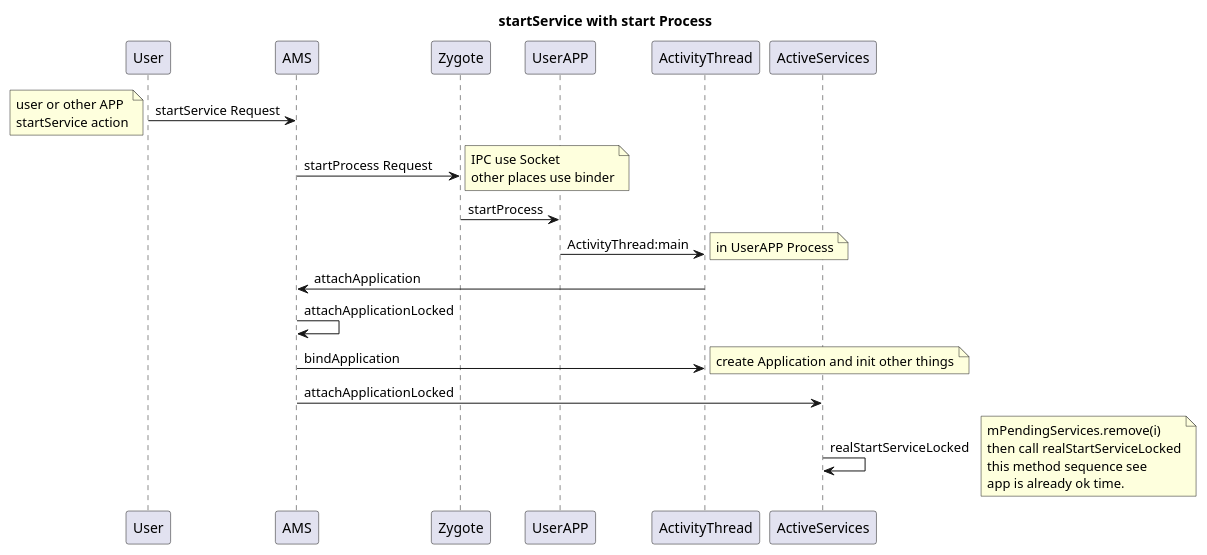
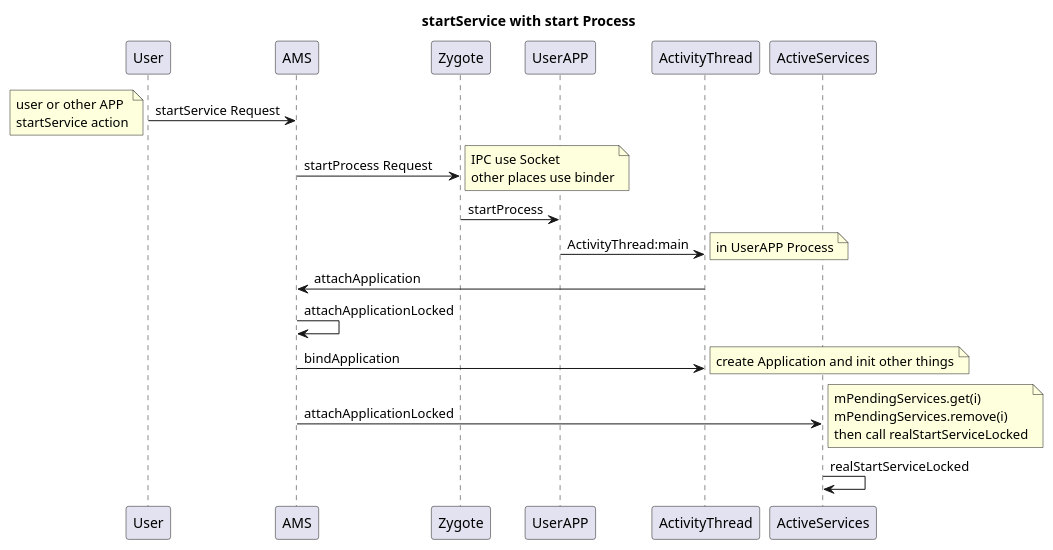
One commit to KentTJ/ImoocRxJavaStudy changed the diagram in docs/service的启动原理_应用未启_02.puml. Above: the diagram before and after it, drawn with PlantUML.

Commit message:
Service的启动流程流程图。

```diff
--- a/docs/service的启动原理_应用未启_02.puml
+++ b/docs/service的启动原理_应用未启_02.puml
@@ -1,41 +1,39 @@
 @startuml
 title startService with start Process
 
 User -> AMS : startService Request
 note left
 user or other APP
 startService action
 end note
 
 AMS -> Zygote: startProcess Request
 note right
 IPC use Socket
 other places use binder
 end note
 
 Zygote -> UserAPP: startProcess
 
 UserAPP -> ActivityThread: ActivityThread:main
 note right
 in UserAPP Process
 end note
 
 ActivityThread -> AMS: attachApplication
 
 AMS -> AMS: attachApplicationLocked
 
 AMS -> ActivityThread: bindApplication
 note right: create Application and init other things
 
 AMS -> ActiveServices: attachApplicationLocked
+note right
+mPendingServices.get(i)
+mPendingServices.remove(i)
+then call realStartServiceLocked
+end note
 
 ActiveServices -> ActiveServices: realStartServiceLocked
-note right
-mPendingServices.remove(i)
-then call realStartServiceLocked
-this method sequence see
-app is already ok time.
-end note
-
 
 @enduml
```
